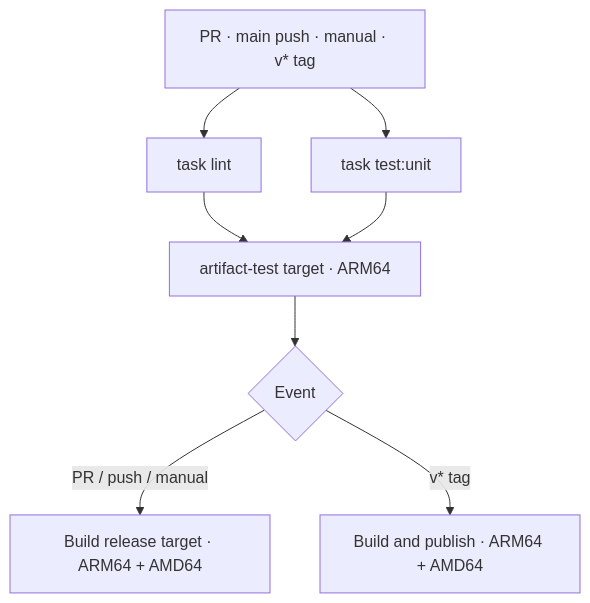
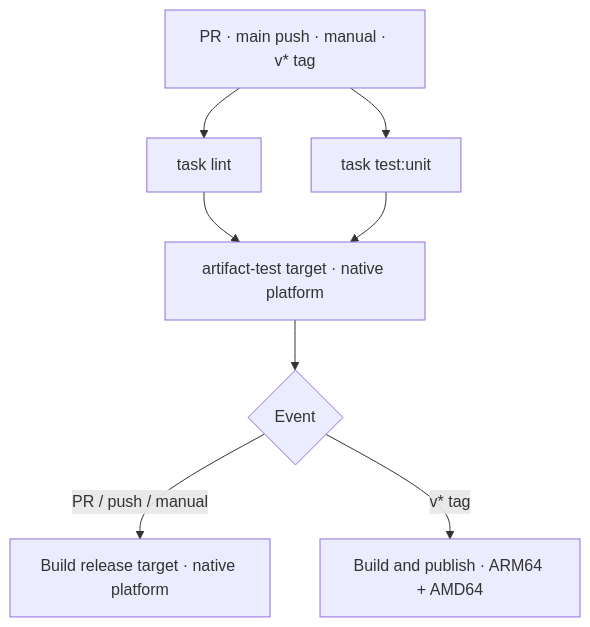
Before and after one commit to RevoTale/ci: the first of 2 diagrams in README.md, drawn with Mermaid. The commit also changed other lines of this file and 7 other files, not shown here.

````diff
--- a/README.md
+++ b/README.md
@@ -38,10 +43,10 @@
 ```mermaid
 flowchart TD
     A["PR · main push · manual · v* tag"] --> L["task lint"]
     A --> U["task test:unit"]
-    L --> T["artifact-test target · ARM64"]
+    L --> T["artifact-test target · native platform"]
     U --> T
     T --> E{"Event"}
-    E -->|"PR / push / manual"| B["Build release target · ARM64 + AMD64"]
+    E -->|"PR / push / manual"| B["Build release target · native platform"]
     E -->|"v* tag"| P["Build and publish · ARM64 + AMD64"]
 ```
````
